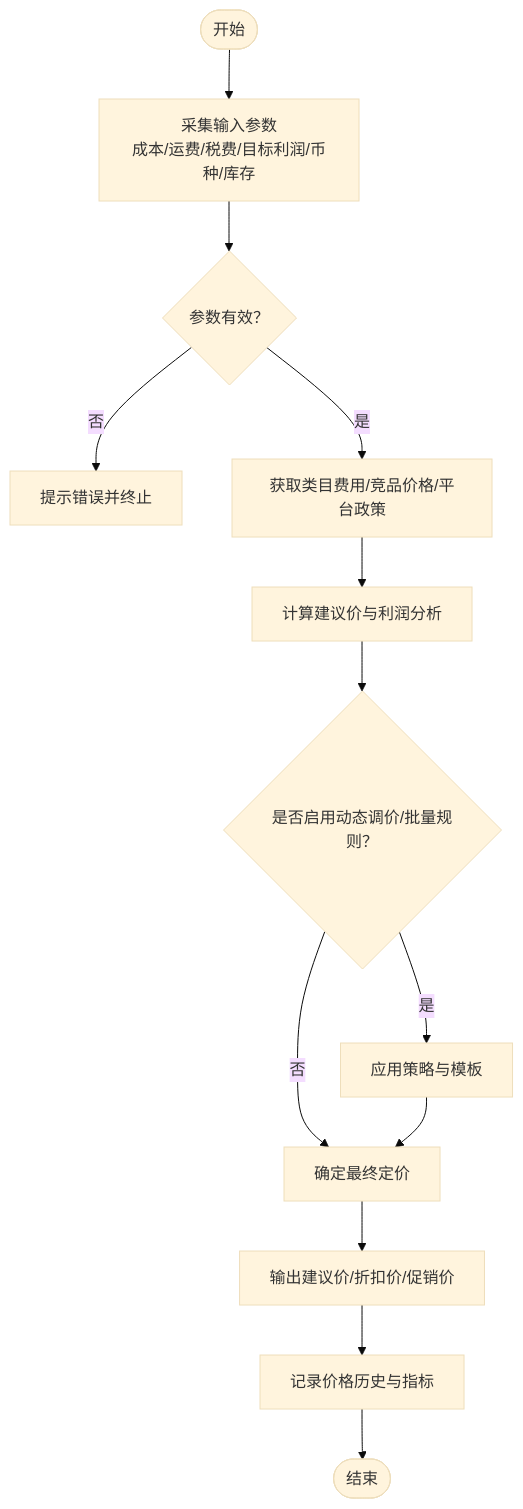
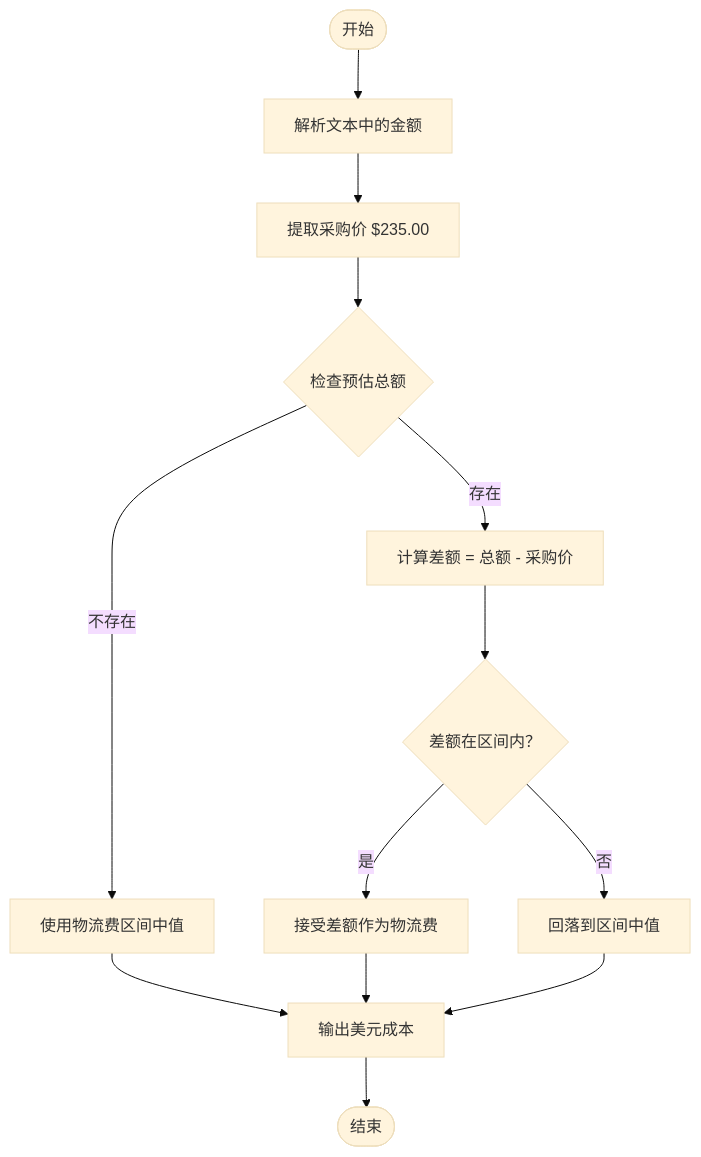
Before and after one commit to iljahofbauer219-lang/yandu: the third of 5 diagrams in .qoder/repowiki/zh/content/系统架构/渲染进程架构/Ebay本地商品编辑器/定价计算引擎.md, drawn with Mermaid (base theme). The commit also changed other lines of this file and 22 other files, not shown here.

````diff
--- a/.qoder/repowiki/zh/content/系统架构/渲染进程架构/Ebay本地商品编辑器/定价计算引擎.md
+++ b/.qoder/repowiki/zh/content/系统架构/渲染进程架构/Ebay本地商品编辑器/定价计算引擎.md
@@ -144,15 +142,15 @@
 ```mermaid
 flowchart TD
-Start(["开始"]) --> Input["采集输入参数<br/>成本/运费/税费/目标利润/币种/库存"]
-Input --> Validate{"参数有效？"}
-Validate --> |否| Error["提示错误并终止"]
-Validate --> |是| Fetch["获取类目费用/竞品价格/平台政策"]
-Fetch --> Calc["计算建议价与利润分析"]
-Calc --> Strategy{"是否启用动态调价/批量规则？"}
-Strategy --> |是| Apply["应用策略与模板"]
-Strategy --> |否| Finalize["确定最终定价"]
-Apply --> Finalize
-Finalize --> Output["输出建议价/折扣价/促销价"]
-Output --> Track["记录价格历史与指标"]
-Track --> End(["结束"])
+Start(["开始"]) --> ParseText["解析文本中的金额"]
+ParseText --> ExtractPrice["提取采购价 $235.00"]
+ExtractPrice --> CheckTotal{"检查预估总额"}
+CheckTotal --> |存在| CalcDelta["计算差额 = 总额 - 采购价"]
+CheckTotal --> |不存在| UseRange["使用物流费区间中值"]
+CalcDelta --> ValidateRange{"差额在区间内？"}
+ValidateRange --> |是| AcceptDelta["接受差额作为物流费"]
+ValidateRange --> |否| FallbackRange["回落到区间中值"]
+UseRange --> Output["输出美元成本"]
+AcceptDelta --> Output
+FallbackRange --> Output
+Output --> End(["结束"])
 ```
````
